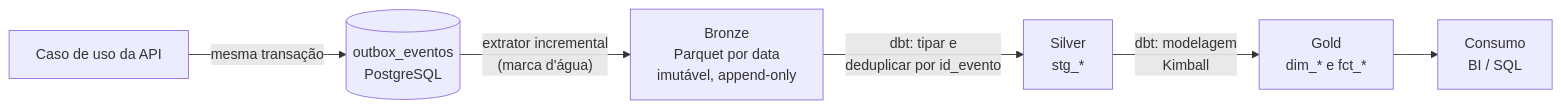
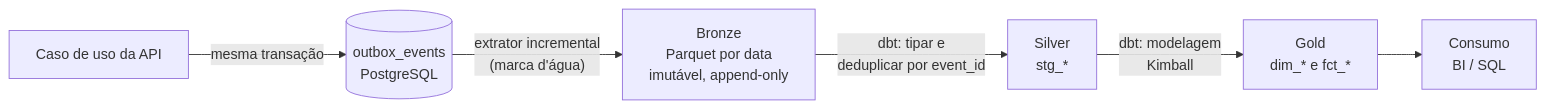
One commit to rfelribeiro/raizes-do-nordeste-backend changed the diagram in docs/dados/README.md. Above: the diagram before and after it, drawn with Mermaid. The commit also changed other lines of this file and 49 other files, not shown here.

````diff
--- a/docs/dados/README.md
+++ b/docs/dados/README.md
@@ -38,8 +39,8 @@
 ```mermaid
 flowchart LR
-    A["Caso de uso da API"] -->|"mesma transação"| B[("outbox_eventos<br/>PostgreSQL")]
+    A["Caso de uso da API"] -->|"mesma transação"| B[("outbox_events<br/>PostgreSQL")]
     B -->|"extrator incremental<br/>(marca d'água)"| C["Bronze<br/>Parquet por data<br/>imutável, append-only"]
-    C -->|"dbt: tipar e<br/>deduplicar por id_evento"| D["Silver<br/>stg_*"]
+    C -->|"dbt: tipar e<br/>deduplicar por event_id"| D["Silver<br/>stg_*"]
     D -->|"dbt: modelagem<br/>Kimball"| E["Gold<br/>dim_* e fct_*"]
     E --> F["Consumo<br/>BI / SQL"]
 ```
````
